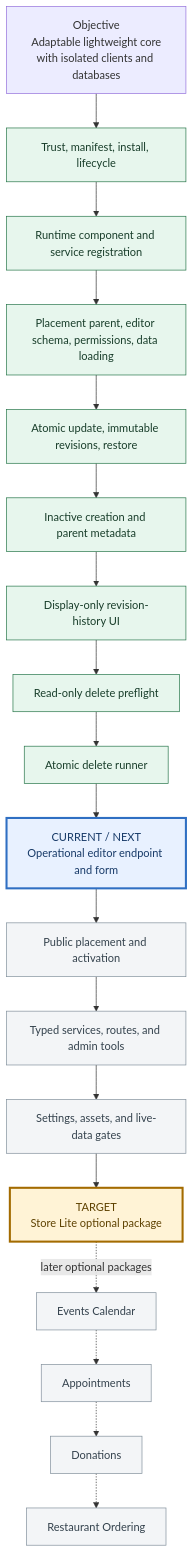
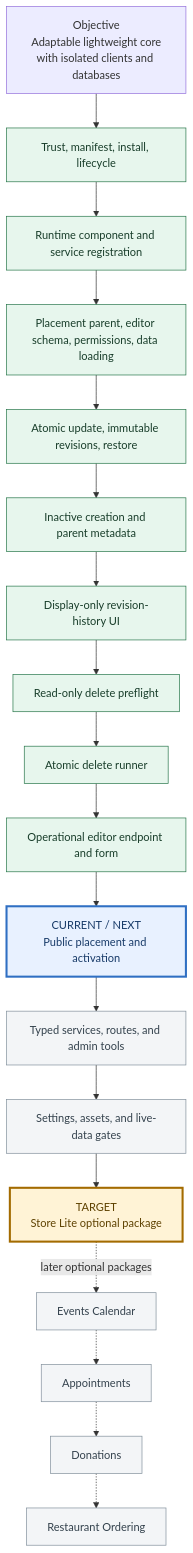
One commit to orojas01-glitch/redcms changed the diagram in docs/ADD-ON-PLATFORM-STATUS.md. Above: the diagram before and after it, drawn with Mermaid. The commit also changed other lines of this file and 15 other files, not shown here.

Commit message:
Add operational add-on component editor

````diff
--- a/docs/ADD-ON-PLATFORM-STATUS.md
+++ b/docs/ADD-ON-PLATFORM-STATUS.md
@@ -7,30 +7,30 @@
 ```mermaid
 flowchart TD
     O["Objective<br/>Adaptable lightweight core<br/>with isolated clients and databases"]
     O --> F1["Trust, manifest, install, lifecycle"]
     F1 --> F2["Runtime component and service registration"]
     F2 --> F3["Placement parent, editor schema, permissions, data loading"]
     F3 --> F4["Atomic update, immutable revisions, restore"]
     F4 --> F5["Inactive creation and parent metadata"]
     F5 --> F6["Display-only revision-history UI"]
     F6 --> F7["Read-only delete preflight"]
     F7 --> F8["Atomic delete runner"]
-    F8 --> C["CURRENT / NEXT<br/>Operational editor endpoint and form"]
-    C --> G3["Public placement and activation"]
-    G3 --> G4["Typed services, routes, and admin tools"]
+    F8 --> F9["Operational editor endpoint and form"]
+    F9 --> C["CURRENT / NEXT<br/>Public placement and activation"]
+    C --> G4["Typed services, routes, and admin tools"]
     G4 --> G5["Settings, assets, and live-data gates"]
     G5 --> S["TARGET<br/>Store Lite optional package"]
     S -. later optional packages .-> E["Events Calendar"]
     E -.-> A["Appointments"]
     A -.-> D["Donations"]
     D -.-> R["Restaurant Ordering"]
 
     classDef complete fill:#e7f6ed,stroke:#27764a,color:#183d2a;
     classDef current fill:#e8f1ff,stroke:#2f6fc3,color:#173a68,stroke-width:3px;
     classDef remaining fill:#f3f5f7,stroke:#82909c,color:#34424d;
     classDef target fill:#fff3d6,stroke:#a36b00,color:#5e4100,stroke-width:3px;
-    class F1,F2,F3,F4,F5,F6,F7,F8 complete;
+    class F1,F2,F3,F4,F5,F6,F7,F8,F9 complete;
     class C current;
-    class G3,G4,G5,E,A,D,R remaining;
+    class G4,G5,E,A,D,R remaining;
     class S target;
 ```
````
